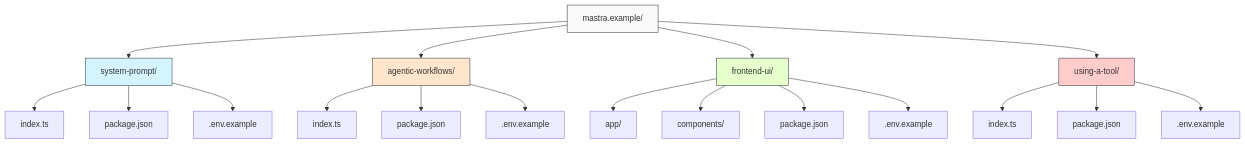
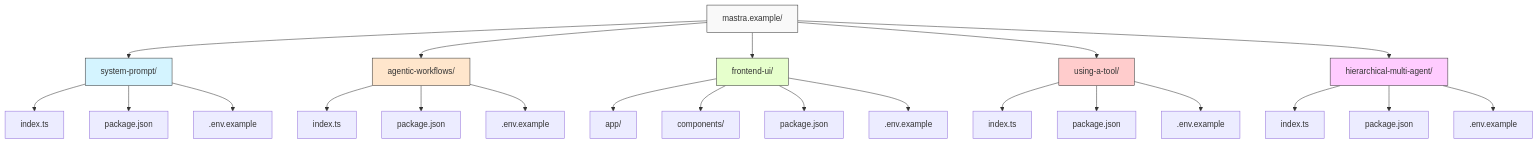
One commit to WdknWdkn/mastra.example changed the diagram in README.md. Above: the diagram before and after it, drawn with Mermaid. The commit also changed other lines of this file and 9 other files, not shown here.

````diff
--- a/README.md
+++ b/README.md
@@ -7,30 +7,36 @@
 ```mermaid
 graph TD
     A[mastra.example/] --> B[system-prompt/]
     A --> C[agentic-workflows/]
     A --> D[frontend-ui/]
     A --> E[using-a-tool/]
+    A --> F[hierarchical-multi-agent/]
     
     B --> B1[index.ts]
     B --> B2[package.json]
     B --> B3[.env.example]
     
     C --> C1[index.ts]
     C --> C2[package.json]
     C --> C3[.env.example]
     
     D --> D1[app/]
     D --> D2[components/]
     D --> D3[package.json]
     D --> D4[.env.example]
     
     E --> E1[index.ts]
     E --> E2[package.json]
     E --> E3[.env.example]
     
+    F --> F1[index.ts]
+    F --> F2[package.json]
+    F --> F3[.env.example]
+    
     style A fill:#f9f9f9,stroke:#333,stroke-width:1px
     style B fill:#d4f4ff,stroke:#333,stroke-width:1px
     style C fill:#ffe6cc,stroke:#333,stroke-width:1px
     style D fill:#e6ffcc,stroke:#333,stroke-width:1px
     style E fill:#ffcccc,stroke:#333,stroke-width:1px
+    style F fill:#ffccff,stroke:#333,stroke-width:1px
 ```
````
